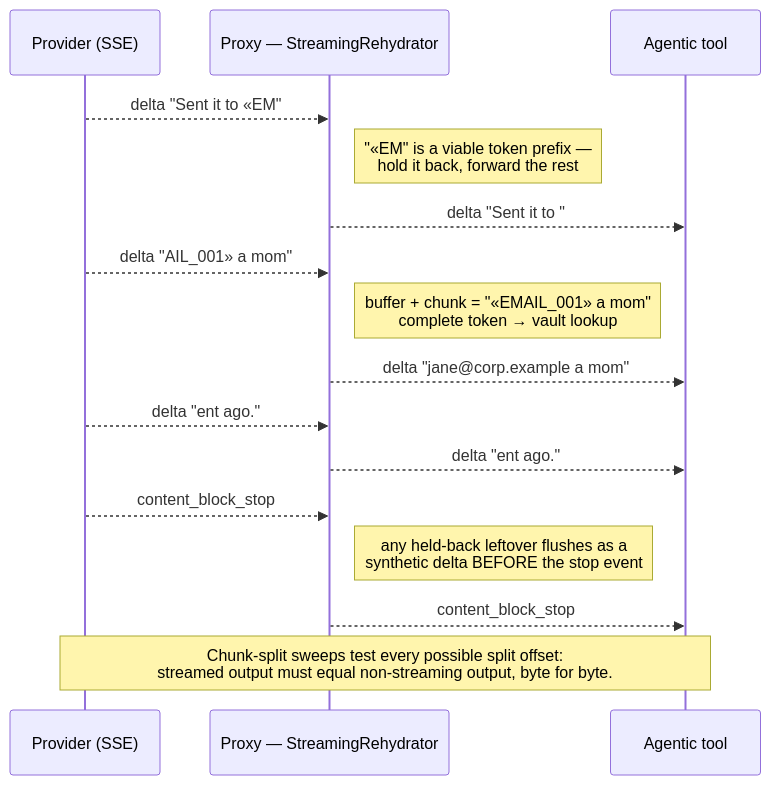
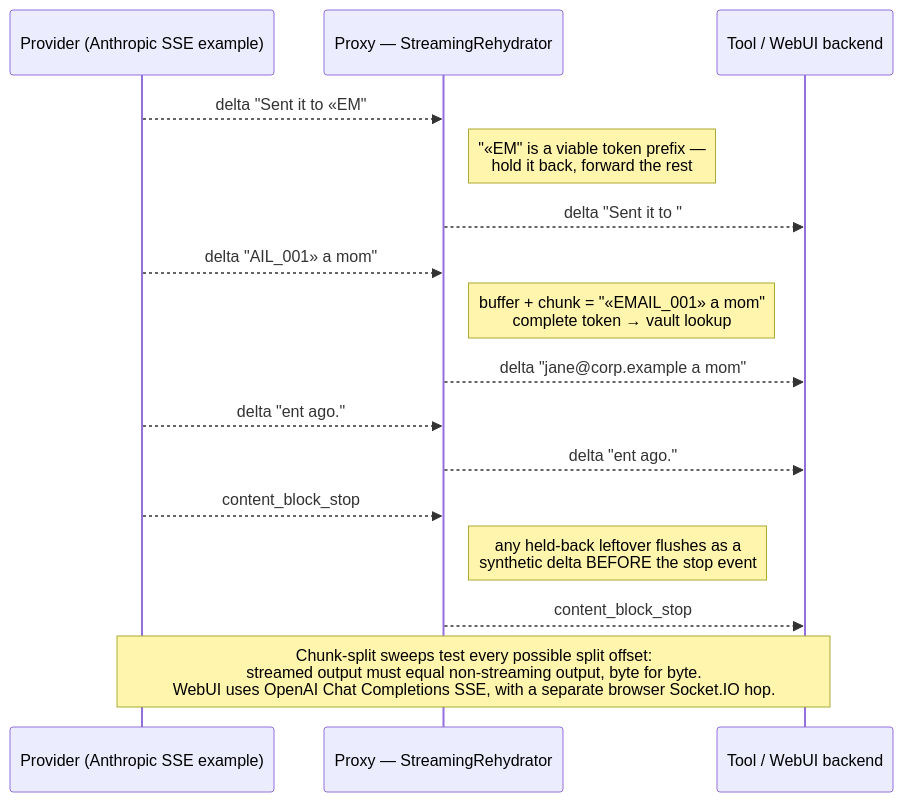
One commit to asanderson/llm-redact changed the diagram in docs/diagrams/sequence-streaming.mmd. Above: the diagram before and after it, drawn with Mermaid. The commit also changed 45 other files, not shown here.

Commit message:
docs: include optional Open WebUI across guides and diagrams

```diff
--- a/docs/diagrams/sequence-streaming.mmd
+++ b/docs/diagrams/sequence-streaming.mmd
@@ -1,24 +1,24 @@
 %% Streaming rehydration: a placeholder split across chunk boundaries is
 %% held back only as long as it stays a viable token prefix, then restored.
 %% The same channel machinery serves SSE, NDJSON, Bedrock eventstream
 %% frames, and realtime WebSocket deltas.
 %% Render: scripts/render_diagrams.sh (PNG committed next to this source).
 %% animate: the request/response flow moves; scripts/animate_diagrams.py renders the
 %% animated SVG + GIF committed next to this source (a '%% animate' marker opts in).
 sequenceDiagram
-    participant L as Provider (SSE)
+    participant L as Provider (Anthropic SSE example)
     participant P as Proxy — StreamingRehydrator
-    participant T as Agentic tool
+    participant T as Tool / WebUI backend
 
     L-->>P: delta "Sent it to «EM"
     Note right of P: "«EM" is a viable token prefix —<br/>hold it back, forward the rest
     P-->>T: delta "Sent it to "
     L-->>P: delta "AIL_001» a mom"
     Note right of P: buffer + chunk = "«EMAIL_001» a mom"<br/>complete token → vault lookup
     P-->>T: delta "jane@corp.example a mom"
     L-->>P: delta "ent ago."
     P-->>T: delta "ent ago."
     L-->>P: content_block_stop
     Note right of P: any held-back leftover flushes as a<br/>synthetic delta BEFORE the stop event
     P-->>T: content_block_stop
-    Note over L,T: Chunk-split sweeps test every possible split offset:<br/>streamed output must equal non-streaming output, byte for byte.
+    Note over L,T: Chunk-split sweeps test every possible split offset:<br/>streamed output must equal non-streaming output, byte for byte.<br/>WebUI uses OpenAI Chat Completions SSE, with a separate browser Socket.IO hop.
```
